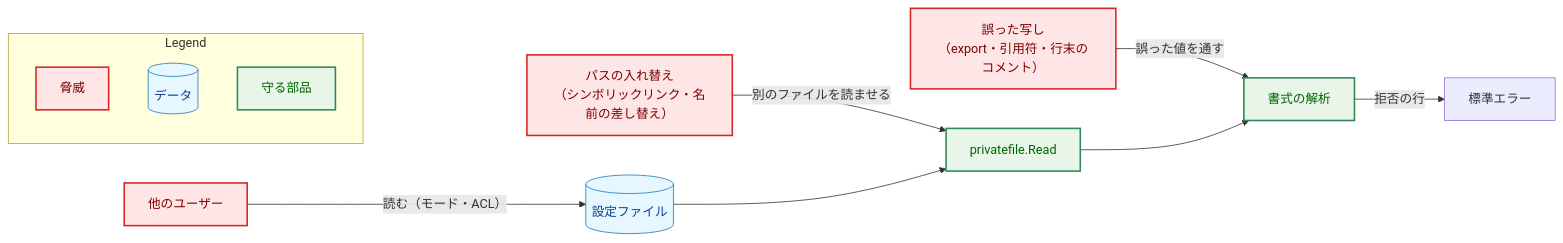
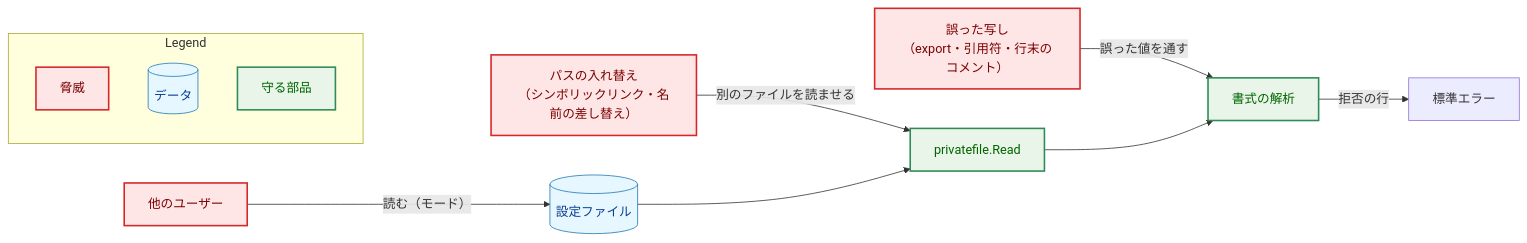
Before and after one commit to isseis/yt2column: the fifth of 7 diagrams in docs/tasks/0066_server_config_file/02_architecture.md, drawn with Mermaid. The commit also changed other lines of this file and 2 other files, not shown here.

First line of the commit message:
docs(0066): accept the ACL of the config file as a residual risk

````diff
--- a/docs/tasks/0066_server_config_file/02_architecture.md
+++ b/docs/tasks/0066_server_config_file/02_architecture.md
@@ -642,33 +627,33 @@
 ```mermaid
 flowchart LR
     classDef data fill:#e6f7ff,stroke:#1f77b4,stroke-width:1px,color:#0b3d91;
     classDef enhanced fill:#e8f5e8,stroke:#2e8b57,stroke-width:2px,color:#006400;
     classDef problem fill:#ffe6e6,stroke:#d62728,stroke-width:2px,color:#7b0000;
 
     OTHER["他のユーザー"]
     SWAP["パスの入れ替え<br>（シンボリックリンク・名前の差し替え）"]
     COPY["誤った写し<br>（export・引用符・行末のコメント）"]
     FILE[("設定ファイル")]
     READ["privatefile.Read"]
     PARSE["書式の解析"]
     OUT["標準エラー"]
 
-    OTHER -->|"読む（モード・ACL）"| FILE
+    OTHER -->|"読む（モード）"| FILE
     SWAP -->|"別のファイルを読ませる"| READ
     COPY -->|"誤った値を通す"| PARSE
     FILE --> READ --> PARSE
     PARSE -->|"拒否の行"| OUT
 
     class OTHER,SWAP,COPY problem
     class FILE data
     class READ,PARSE enhanced
 
     subgraph Legend["Legend"]
         L1["脅威"]
         L2[("データ")]
         L3["守る部品"]
     end
     class L1 problem
     class L2 data
     class L3 enhanced
 ```
````
